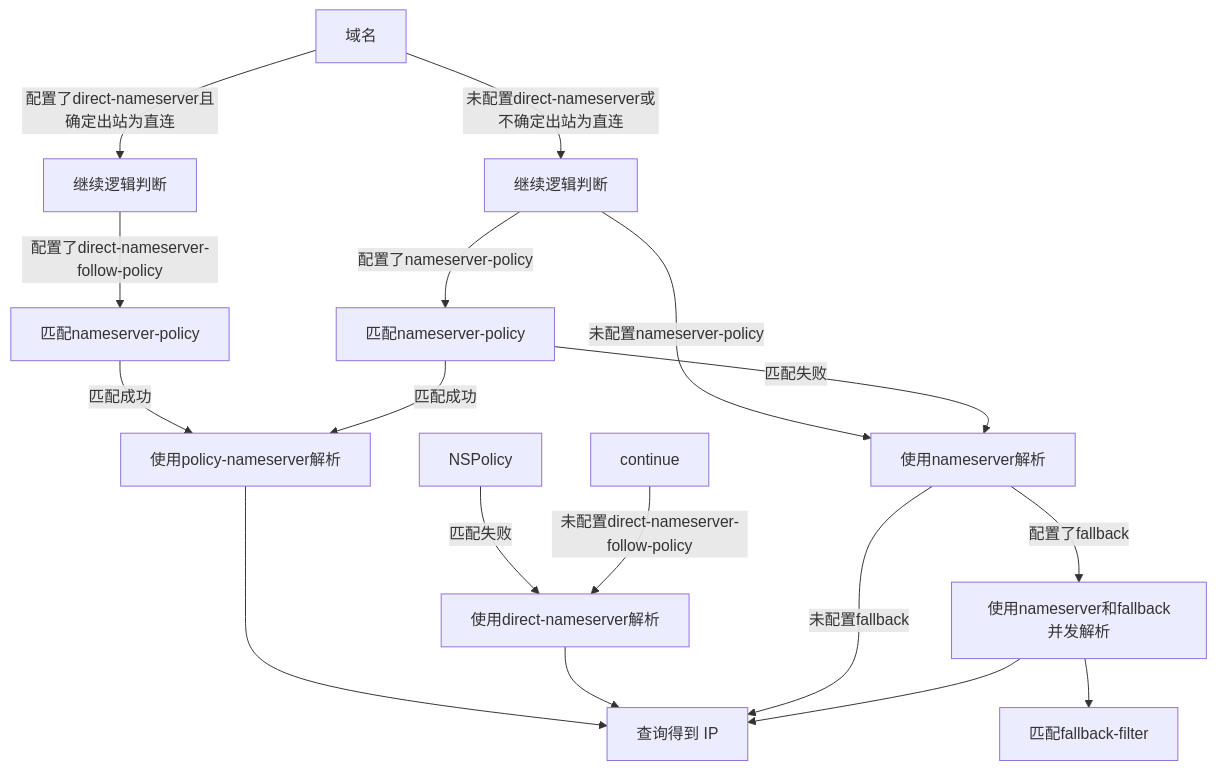
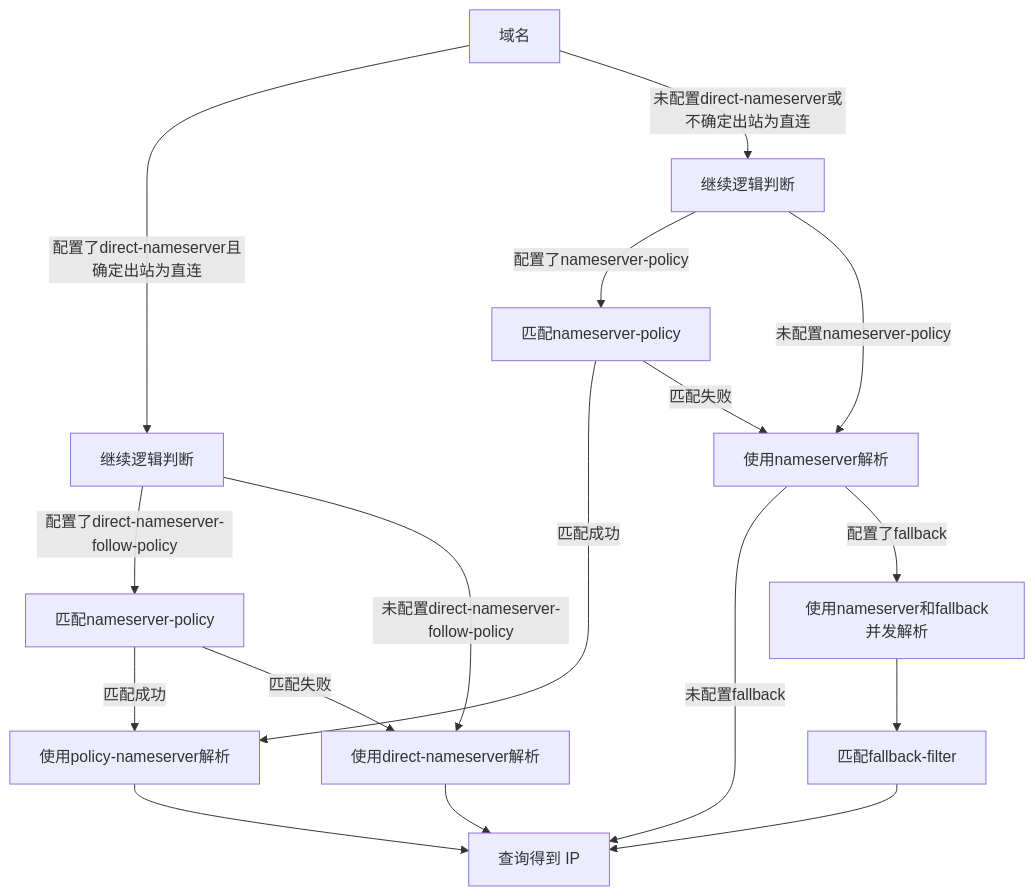
The second of 2 diagrams in mihomoDNS解析流程.md (Jishi0/sub-rule), drawn with Mermaid before and after one commit.

````diff
--- a/mihomoDNS解析流程.md
+++ b/mihomoDNS解析流程.md
@@ -28,21 +28,21 @@
 ```mermaid
 flowchart TD
   start[域名] --> |配置了direct-nameserver且确定出站为直连|continue1[继续逻辑判断]
   continue1 --> |配置了direct-nameserver-follow-policy|NSPolicy1[匹配nameserver-policy]
   NSPolicy1 --> |匹配成功|Policy_Lookup[使用policy-nameserver解析]
   Policy_Lookup --> End[查询得到 IP]
-  NSPolicy --> |匹配失败|Direct_Lookup
-  continue --> |未配置direct-nameserver-follow-policy|Direct_Lookup[使用direct-nameserver解析]
+  NSPolicy1 --> |匹配失败|Direct_Lookup
+  continue1 --> |未配置direct-nameserver-follow-policy|Direct_Lookup[使用direct-nameserver解析]
   Direct_Lookup --> End[查询得到 IP]
 
   start --> |未配置direct-nameserver或不确定出站为直连|continue2[继续逻辑判断]
   continue2 --> |配置了nameserver-policy|NSPolicy2[匹配nameserver-policy]
   continue2 --> |未配置nameserver-policy|Lookup
   NSPolicy2 --> |匹配成功|Policy_Lookup
   NSPolicy2 --> |匹配失败|Lookup[使用nameserver解析]
   Lookup --> |未配置fallback|End
   Lookup --> |配置了fallback|FB_Lookup[使用nameserver和fallback并发解析]
   FB_Lookup --> FB_IP_Match[匹配fallback-filter]
-  FB_Lookup --> End
+  FB_IP_Match --> End
 
 ```
````
